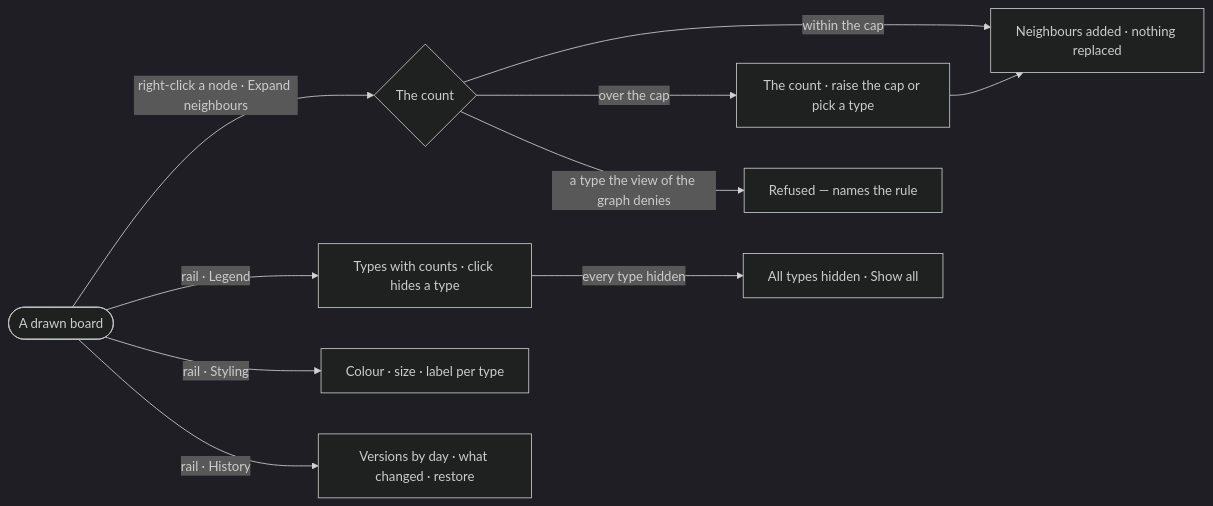
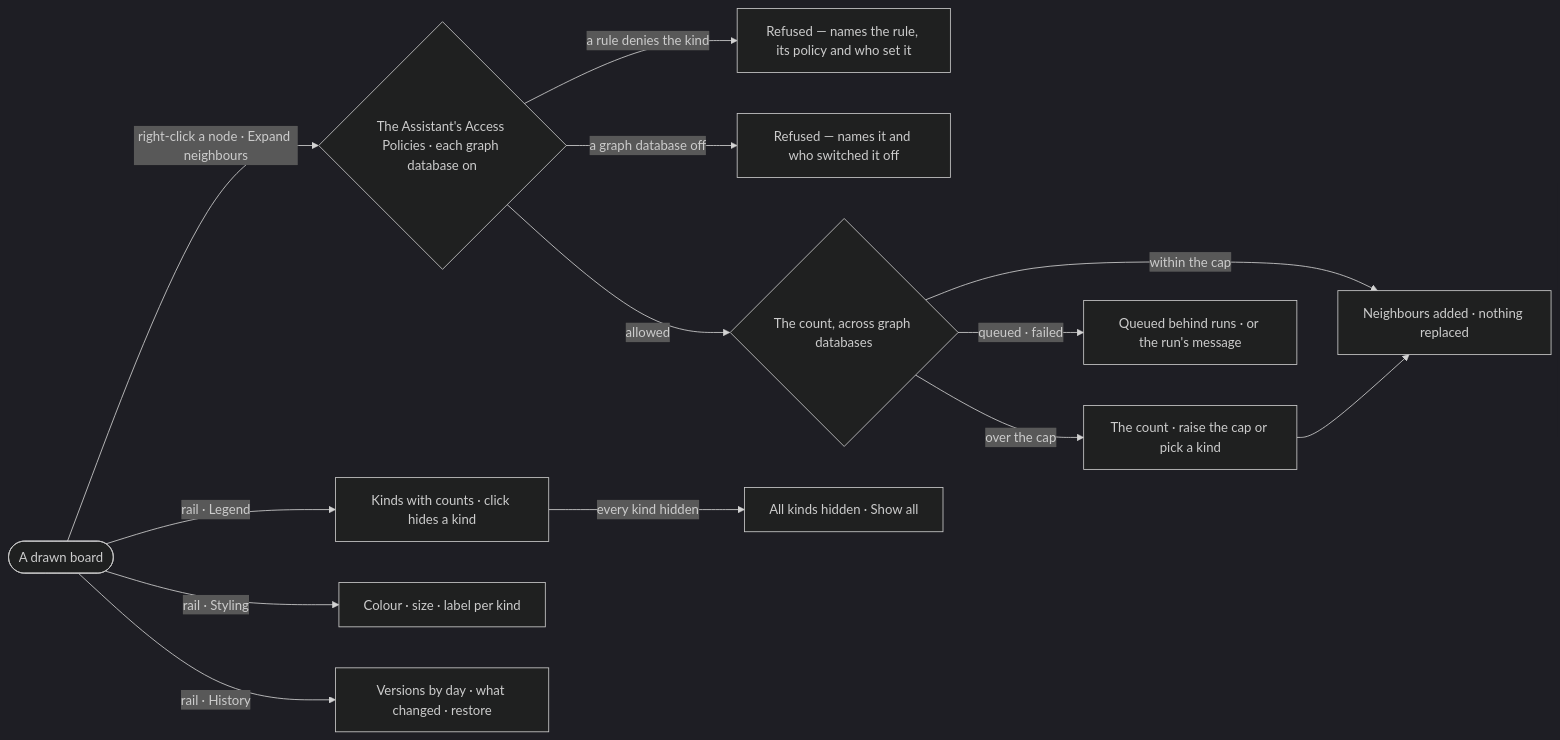
The diagram in specs/capabilities/explore/features/EX-F01-the-board-and-its-canvas/stories/EX-09-shape-the-board-by-hand/story.md (invana/invana), drawn with Mermaid (dark theme) before and after one commit. The commit also changed other lines of this file and 522 other files, not shown here.

````diff
--- a/specs/capabilities/explore/features/EX-F01-the-board-and-its-canvas/stories/EX-09-shape-the-board-by-hand/story.md
+++ b/specs/capabilities/explore/features/EX-F01-the-board-and-its-canvas/stories/EX-09-shape-the-board-by-hand/story.md
@@ -26,11 +26,14 @@
 ```mermaid
 flowchart LR
-  a([A drawn board]) -->|right-click a node · Expand neighbours| c{The count}
+  a([A drawn board]) -->|right-click a node · Expand neighbours| ck{"The Assistant's Access Policies · each graph database on"}
+  ck -->|a rule denies the kind| r["Refused — names the rule, its policy and who set it"]
+  ck -->|a graph database off| off["Refused — names it and who switched it off"]
+  ck -->|allowed| c{The count, across graph databases}
   c -->|within the cap| d["Neighbours added · nothing replaced"]
-  c -->|over the cap| k["The count · raise the cap or pick a type"] --> d
-  c -->|a type the view of the graph denies| r["Refused — names the rule"]
-  a -->|rail · Legend| l["Types with counts · click hides a type"]
-  l -->|every type hidden| s["All types hidden · Show all"]
-  a -->|rail · Styling| st["Colour · size · label per type"]
+  c -->|over the cap| k["The count · raise the cap or pick a kind"] --> d
+  c -->|queued · failed| q["Queued behind runs · or the run's message"]
+  a -->|rail · Legend| l["Kinds with counts · click hides a kind"]
+  l -->|every kind hidden| s["All kinds hidden · Show all"]
+  a -->|rail · Styling| st["Colour · size · label per kind"]
   a -->|rail · History| h["Versions by day · what changed · restore"]
 ```
````
